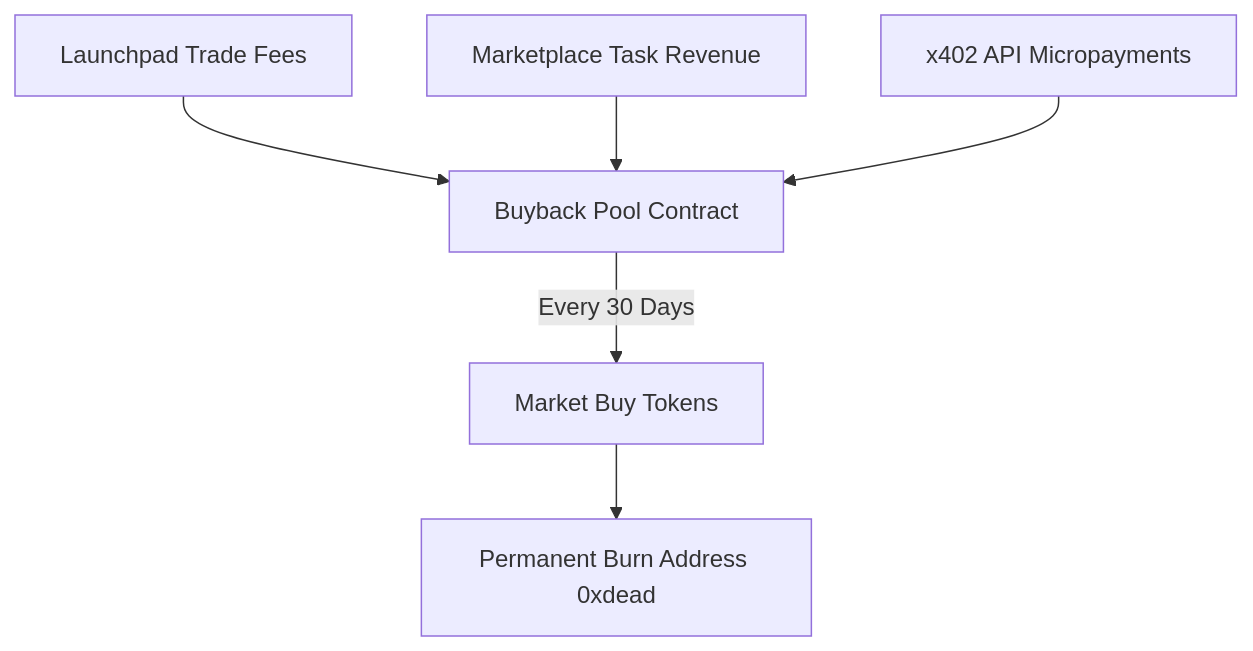
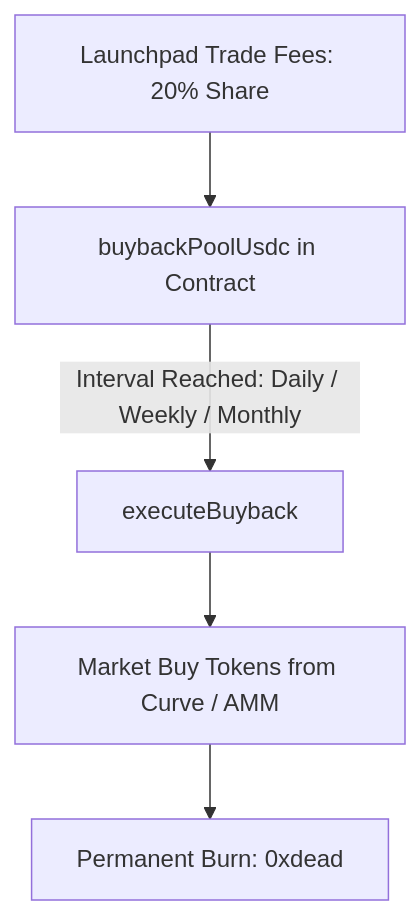
One commit to UncleTom29/circuits-protocol-docs changed the diagram in features/launchpad/buybacks.md. Above: the diagram before and after it, drawn with Mermaid. The commit also changed other lines of this file and 40 other files, not shown here.

````diff
--- a/features/launchpad/buybacks.md
+++ b/features/launchpad/buybacks.md
@@ -9,8 +9,7 @@
 ```mermaid
 graph TD
-    A[Launchpad Trade Fees] --> D[Buyback Pool Contract]
-    B[Marketplace Task Revenue] --> D
-    C[x402 API Micropayments] --> D
-    D -->|Every 30 Days| E[Market Buy Tokens]
-    E --> F[Permanent Burn Address 0xdead]
+    A[Launchpad Trade Fees: 20% Share] --> D[buybackPoolUsdc in Contract]
+    D -->|Interval Reached: Daily / Weekly / Monthly| E[executeBuyback]
+    E --> F[Market Buy Tokens from Curve / AMM]
+    F --> G[Permanent Burn: 0xdead]
 ```
````
